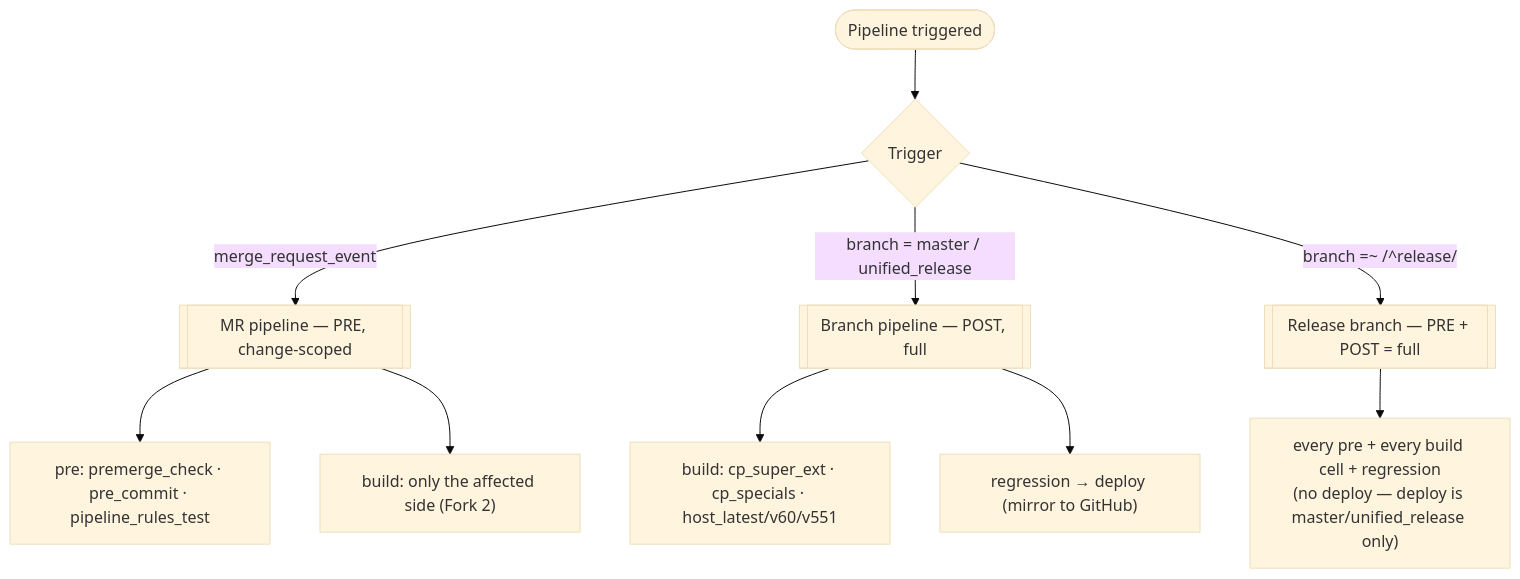
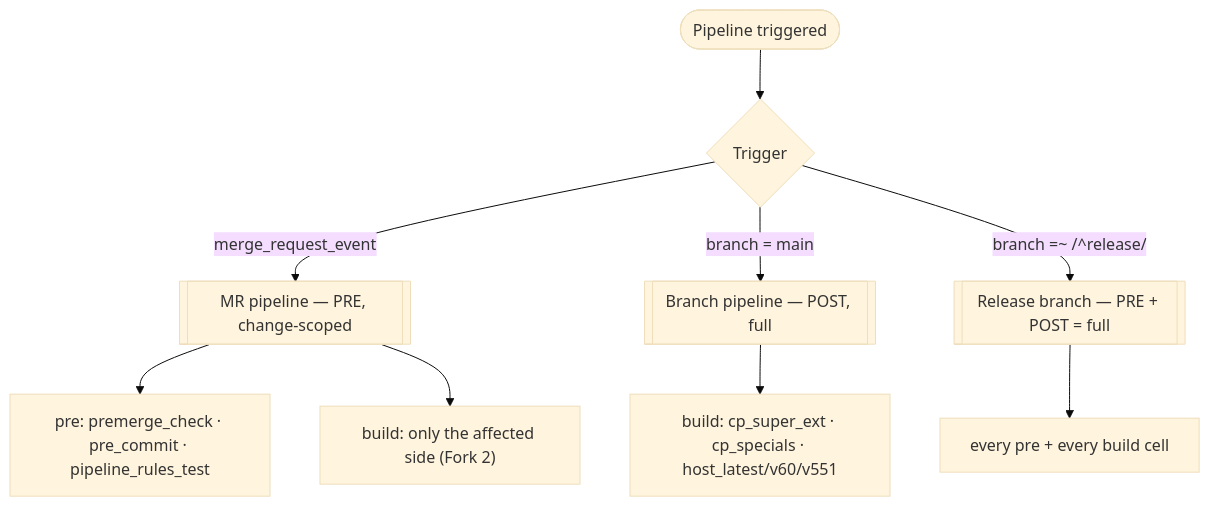
The second of 3 diagrams in docs/design/pipeline_design.md (espressif/esp-hosted-mcu), drawn with Mermaid (base theme) before and after one commit. The commit also changed other lines of this file and 5 other files, not shown here.

````diff
--- a/docs/design/pipeline_design.md
+++ b/docs/design/pipeline_design.md
@@ -42,16 +40,15 @@
 ```mermaid
 flowchart TD
     T([Pipeline triggered]) --> Q{Trigger}
 
     Q -->|merge_request_event| MR[["MR pipeline — PRE, change-scoped"]]
-    Q -->|"branch = master / unified_release"| BR[["Branch pipeline — POST, full"]]
+    Q -->|"branch = main"| BR[["Branch pipeline — POST, full"]]
     Q -->|"branch =~ /^release/"| RE[["Release branch — PRE + POST = full"]]
 
     MR --> MRp["pre: premerge_check · pre_commit · pipeline_rules_test"]
     MR --> MRb["build: only the affected side (Fork 2)"]
 
     BR --> BRb["build: cp_super_ext · cp_specials · host_latest/v60/v551"]
-    BR --> BRr["regression → deploy (mirror to GitHub)"]
 
-    RE --> REa["every pre + every build cell + regression<br/>(no deploy — deploy is master/unified_release only)"]
+    RE --> REa["every pre + every build cell"]
 ```
````
